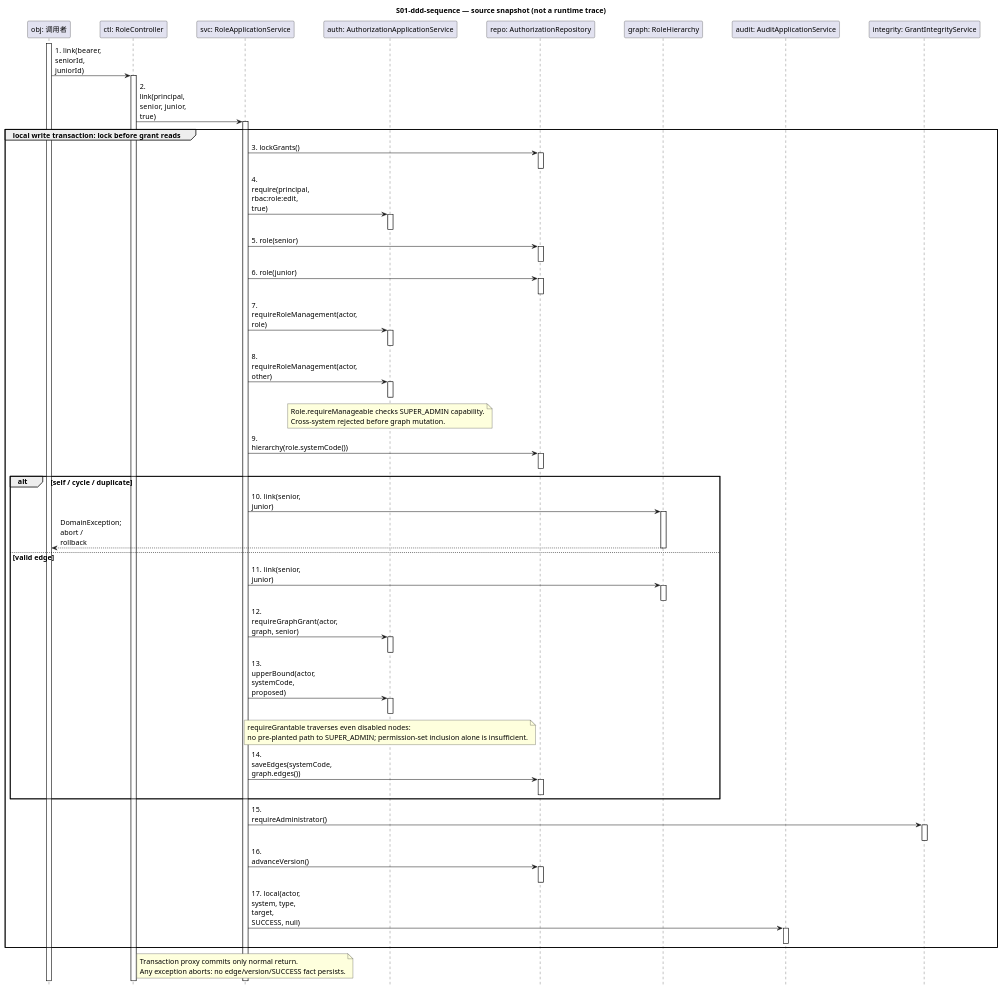
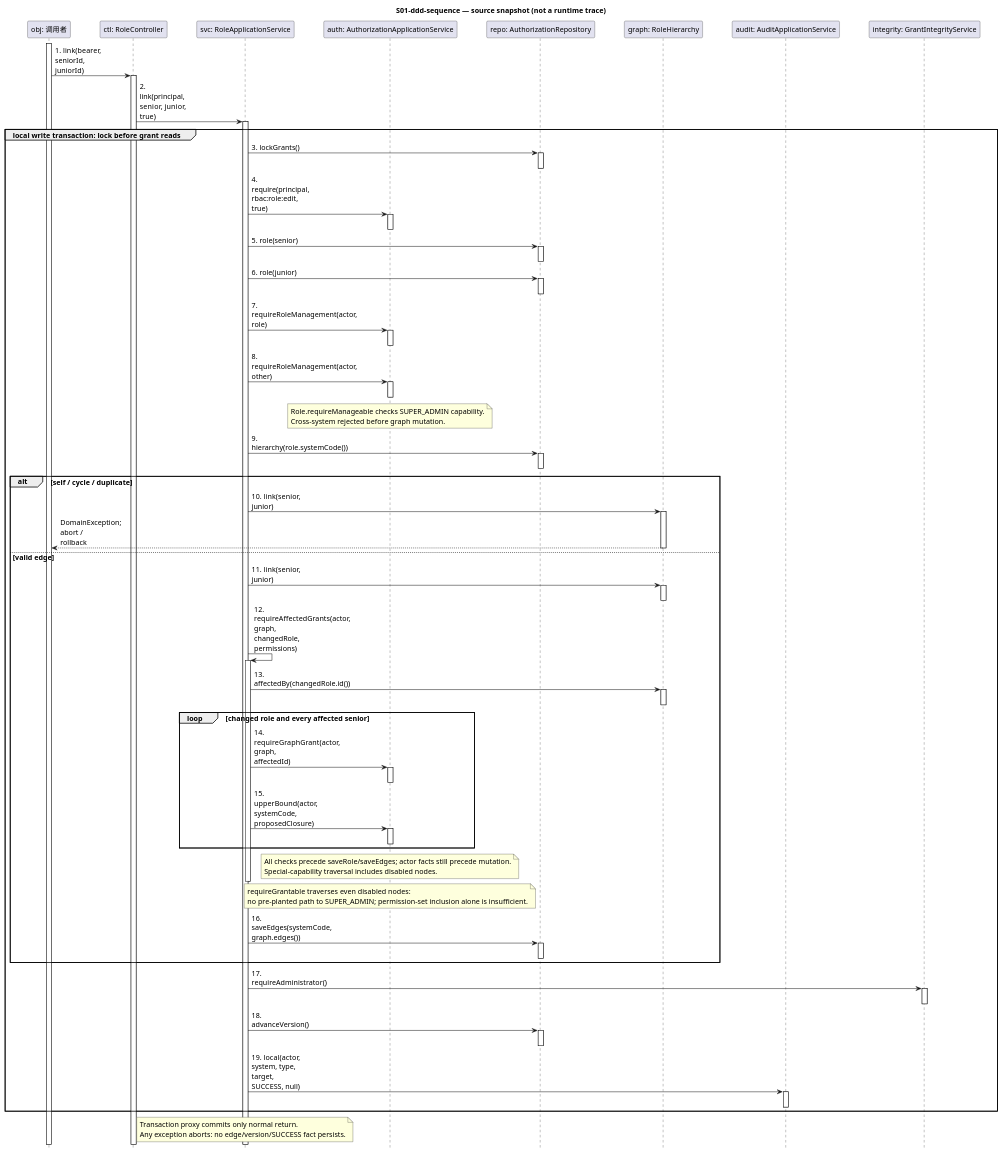
The diagram in docs/design/S01-ddd-sequence.puml (tang-new/OOAD), drawn with PlantUML before and after one commit. The commit also changed 22 other files, not shown here.

Commit message:
[C/I5] docs: record scoped regression evidence and synchronize role diagrams

```diff
--- a/docs/design/S01-ddd-sequence.puml
+++ b/docs/design/S01-ddd-sequence.puml
@@ -1,89 +1,101 @@
 @startuml
 hide footbox
 skinparam defaultFontName Microsoft YaHei
 skinparam defaultFontSize 14
 skinparam ParticipantPadding 24
 skinparam BoxPadding 12
 skinparam sequenceMessageAlign left
 skinparam maxMessageSize 100
 title S01-ddd-sequence — source snapshot (not a runtime trace)
 participant "obj: 调用者" as obj
 participant "ctl: RoleController" as ctl
 participant "svc: RoleApplicationService" as svc
 participant "auth: AuthorizationApplicationService" as auth
 participant "repo: AuthorizationRepository" as repo
 participant "graph: RoleHierarchy" as graph
 participant "audit: AuditApplicationService" as audit
 participant "integrity: GrantIntegrityService" as integrity
 activate obj
 obj -> ctl: 1. link(bearer, seniorId, juniorId)
 activate ctl
 ctl -> svc: 2. link(principal, senior, junior, true)
 activate svc
 group local write transaction: lock before grant reads
 svc -> repo: 3. lockGrants()
 activate repo
 deactivate repo
 svc -> auth: 4. require(principal, rbac:role:edit, true)
 activate auth
 deactivate auth
 svc -> repo: 5. role(senior)
 activate repo
 deactivate repo
 svc -> repo: 6. role(junior)
 activate repo
 deactivate repo
 svc -> auth: 7. requireRoleManagement(actor, role)
 activate auth
 deactivate auth
 svc -> auth: 8. requireRoleManagement(actor, other)
 activate auth
 deactivate auth
 note over auth
 Role.requireManageable checks SUPER_ADMIN capability.
 Cross-system rejected before graph mutation.
 end note
 svc -> repo: 9. hierarchy(role.systemCode())
 activate repo
 deactivate repo
 alt self / cycle / duplicate
 svc -> graph: 10. link(senior, junior)
 activate graph
 graph --> obj: DomainException; abort / rollback
 deactivate graph
 else valid edge
 svc -> graph: 11. link(senior, junior)
 activate graph
 deactivate graph
-svc -> auth: 12. requireGraphGrant(actor, graph, senior)
+svc -> svc: 12. requireAffectedGrants(actor, graph, changedRole, permissions)
+activate svc
+svc -> graph: 13. affectedBy(changedRole.id())
+activate graph
+deactivate graph
+loop changed role and every affected senior
+svc -> auth: 14. requireGraphGrant(actor, graph, affectedId)
 activate auth
 deactivate auth
-svc -> auth: 13. upperBound(actor, systemCode, proposed)
+svc -> auth: 15. upperBound(actor, systemCode, proposedClosure)
 activate auth
 deactivate auth
+end
+note over auth
+All checks precede saveRole/saveEdges; actor facts still precede mutation.
+Special-capability traversal includes disabled nodes.
+end note
+deactivate svc
 note over auth
 requireGrantable traverses even disabled nodes:
 no pre-planted path to SUPER_ADMIN; permission-set inclusion alone is insufficient.
 end note
-svc -> repo: 14. saveEdges(systemCode, graph.edges())
+svc -> repo: 16. saveEdges(systemCode, graph.edges())
 activate repo
 deactivate repo
 end
-svc -> integrity: 15. requireAdministrator()
+svc -> integrity: 17. requireAdministrator()
 activate integrity
 deactivate integrity
-svc -> repo: 16. advanceVersion()
+svc -> repo: 18. advanceVersion()
 activate repo
 deactivate repo
-svc -> audit: 17. local(actor, system, type, target, SUCCESS, null)
+svc -> audit: 19. local(actor, system, type, target, SUCCESS, null)
 activate audit
 deactivate audit
 end
 note over svc
 Transaction proxy commits only normal return.
 Any exception aborts: no edge/version/SUCCESS fact persists.
 end note
 deactivate svc
 deactivate ctl
 deactivate obj
 @enduml
```
